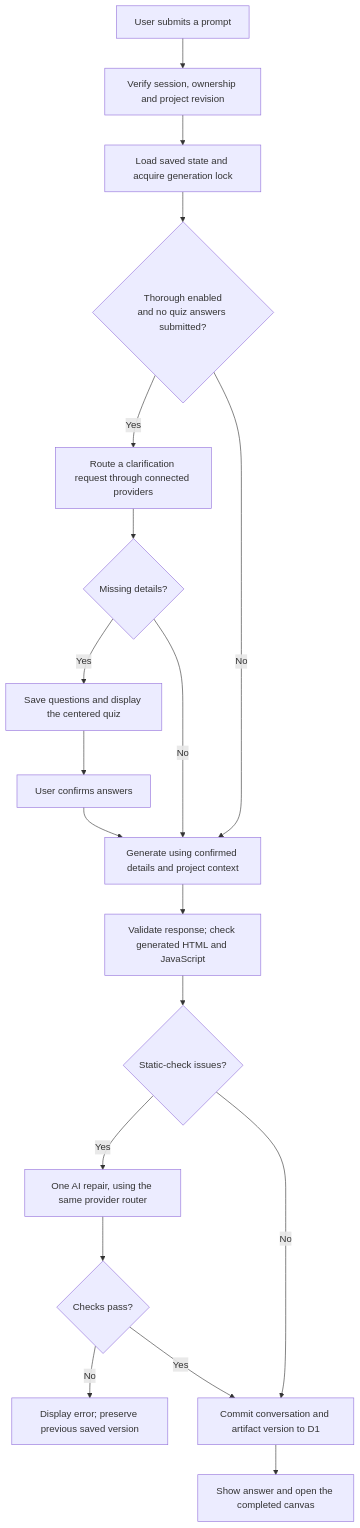
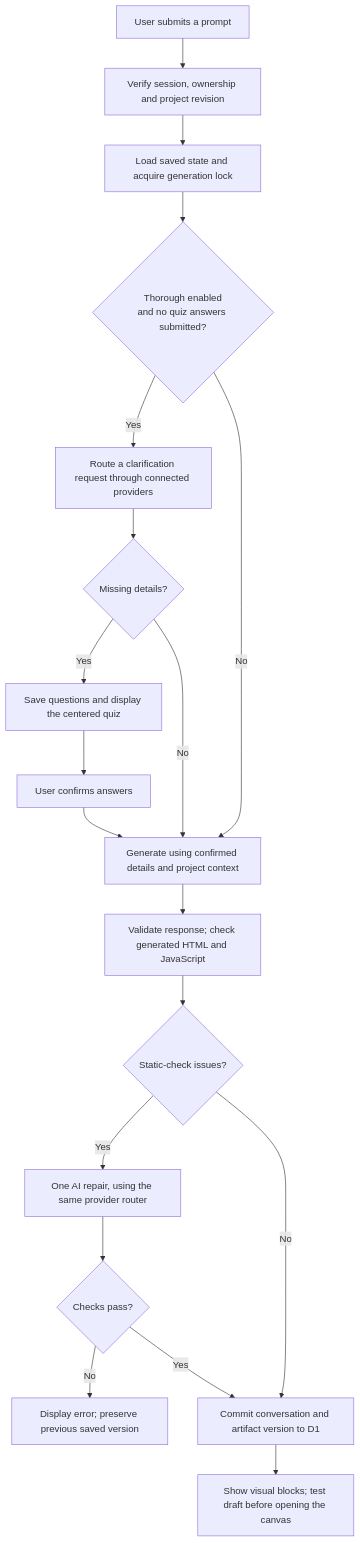
One commit to relatively-simple/convoke changed the second of 2 diagrams in ARCHITECTURE.md. Above: the diagram before and after it, drawn with Mermaid. The commit also changed other lines of this file and 33 other files, not shown here.

Commit message:
Add shared canvas memory, runtime repairs, and visual answers

````diff
--- a/ARCHITECTURE.md
+++ b/ARCHITECTURE.md
@@ -52,21 +52,21 @@
 ```mermaid
 flowchart TD
   Start["User submits a prompt"] --> Session["Verify session, ownership and project revision"]
   Session --> Context["Load saved state and acquire generation lock"]
   Context --> Thorough{"Thorough enabled<br/>and no quiz answers submitted?"}
   Thorough -->|Yes| Plan["Route a clarification request through connected providers"]
   Plan --> Missing{"Missing details?"}
   Missing -->|Yes| Quiz["Save questions and display the centered quiz"]
   Quiz --> Answers["User confirms answers"]
   Answers --> Generate["Generate using confirmed details and project context"]
   Missing -->|No| Generate
   Thorough -->|No| Generate
   Generate --> Validate["Validate response; check generated HTML and JavaScript"]
   Validate --> Issues{"Static-check issues?"}
   Issues -->|Yes| Repair["One AI repair, using the same provider router"]
   Repair --> Recheck{"Checks pass?"}
   Recheck -->|No| Error["Display error; preserve previous saved version"]
   Recheck -->|Yes| Save["Commit conversation and artifact version to D1"]
   Issues -->|No| Save
-  Save --> Display["Show answer and open the completed canvas"]
+  Save --> Display["Show visual blocks; test draft before opening the canvas"]
 ```
````
